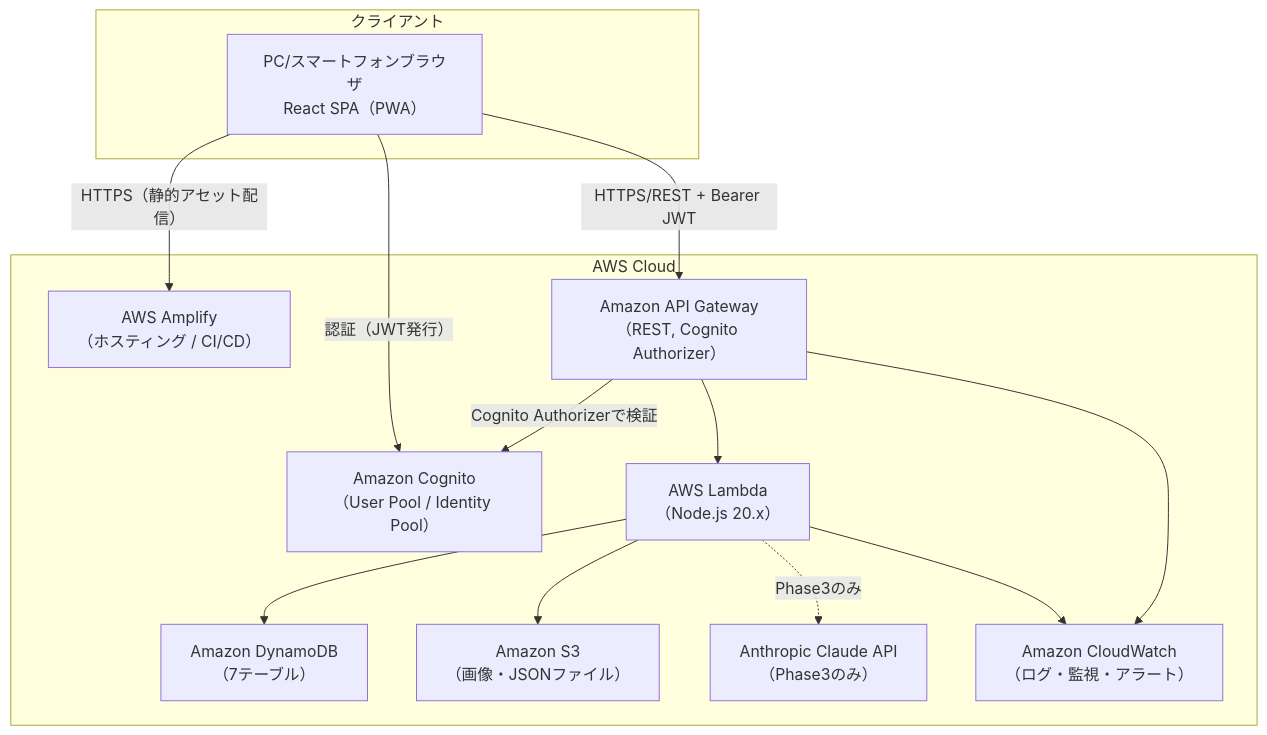
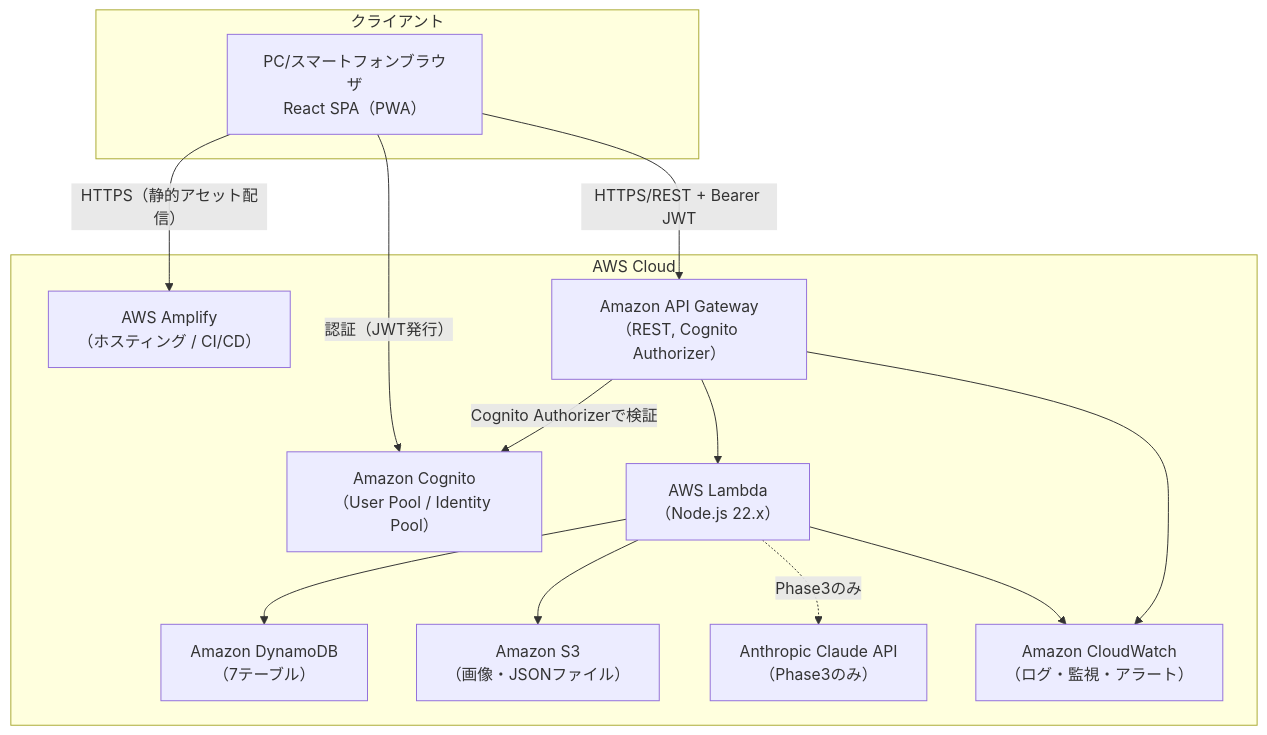
One commit to naotowada5/OracleMasterApp changed the first of 2 diagrams in 01_docs/02_sd/04_共通設計/システム構成・環境設計.md. Above: the diagram before and after it, drawn with Mermaid. The commit also changed other lines of this file and 34 other files, not shown here.

````diff
--- a/01_docs/02_sd/04_共通設計/システム構成・環境設計.md
+++ b/01_docs/02_sd/04_共通設計/システム構成・環境設計.md
@@ -7,28 +7,28 @@
 ```mermaid
 flowchart TB
     subgraph Client["クライアント"]
         Browser["PC/スマートフォンブラウザ<br/>React SPA（PWA）"]
     end
 
     subgraph AWS["AWS Cloud"]
         Amplify["AWS Amplify<br/>（ホスティング / CI/CD）"]
         Cognito["Amazon Cognito<br/>（User Pool / Identity Pool）"]
         APIGW["Amazon API Gateway<br/>（REST, Cognito Authorizer）"]
-        Lambda["AWS Lambda<br/>（Node.js 20.x）"]
+        Lambda["AWS Lambda<br/>（Node.js 22.x）"]
         DynamoDB["Amazon DynamoDB<br/>（7テーブル）"]
         S3["Amazon S3<br/>（画像・JSONファイル）"]
         CloudWatch["Amazon CloudWatch<br/>（ログ・監視・アラート）"]
         Claude["Anthropic Claude API<br/>（Phase3のみ）"]
     end
 
     Browser -- "HTTPS（静的アセット配信）" --> Amplify
     Browser -- "認証（JWT発行）" --> Cognito
     Browser -- "HTTPS/REST + Bearer JWT" --> APIGW
     APIGW -- "Cognito Authorizerで検証" --> Cognito
     APIGW --> Lambda
     Lambda --> DynamoDB
     Lambda --> S3
     Lambda -. "Phase3のみ" .-> Claude
     Lambda --> CloudWatch
     APIGW --> CloudWatch
 ```
````
